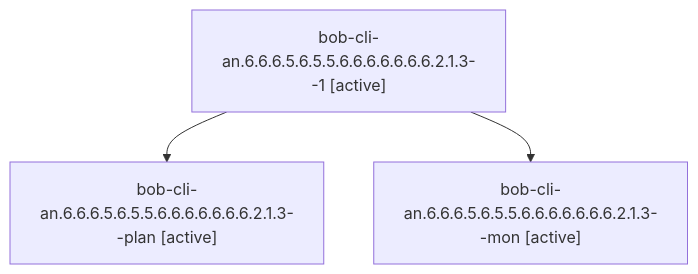
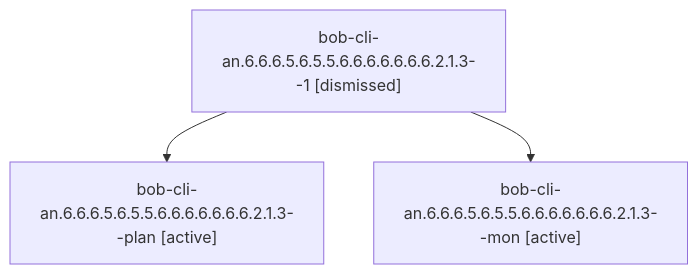
The diagram in sessions/bbugyi200.athena.bob-cli-an.6.6.6.5.6.5.5.6.6.6.6.6.6.6.2.1.3.md (bobs-org/bob-cli--agents), drawn with Mermaid before and after one commit. The commit also changed other lines of this file and 553 other files, not shown here.

````diff
--- a/sessions/bbugyi200.athena.bob-cli-an.6.6.6.5.6.5.5.6.6.6.6.6.6.6.2.1.3.md
+++ b/sessions/bbugyi200.athena.bob-cli-an.6.6.6.5.6.5.5.6.6.6.6.6.6.6.2.1.3.md
@@ -9,8 +9,8 @@
 ```mermaid
 flowchart TD
-  n0["bob-cli-an.6.6.6.5.6.5.5.6.6.6.6.6.6.6.2.1.3--1 [active]"]
+  n0["bob-cli-an.6.6.6.5.6.5.5.6.6.6.6.6.6.6.2.1.3--1 [dismissed]"]
   n1["bob-cli-an.6.6.6.5.6.5.5.6.6.6.6.6.6.6.2.1.3--plan [active]"]
   n0 --> n1
   n2["bob-cli-an.6.6.6.5.6.5.5.6.6.6.6.6.6.6.2.1.3--mon [active]"]
   n0 --> n2
 ```
````
